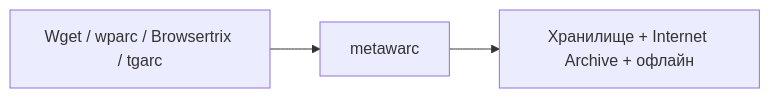
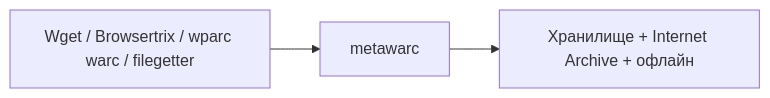
One commit to ruarxive/ruarxive.github.io changed the seventh of 7 diagrams in kb/instruments/landscape-2026.md. Above: the diagram before and after it, drawn with Mermaid. The commit also changed other lines of this file and 4 other files, not shown here.

````diff
--- a/kb/instruments/landscape-2026.md
+++ b/kb/instruments/landscape-2026.md
@@ -303,4 +306,4 @@
 ```mermaid
 flowchart LR
-    A["Wget / wparc / Browsertrix / tgarc"] --> B["metawarc"] --> C["Хранилище + Internet Archive + офлайн"]
+    A["Wget / Browsertrix / wparc warc / filegetter"] --> B["metawarc"] --> C["Хранилище + Internet Archive + офлайн"]
 ```
````
